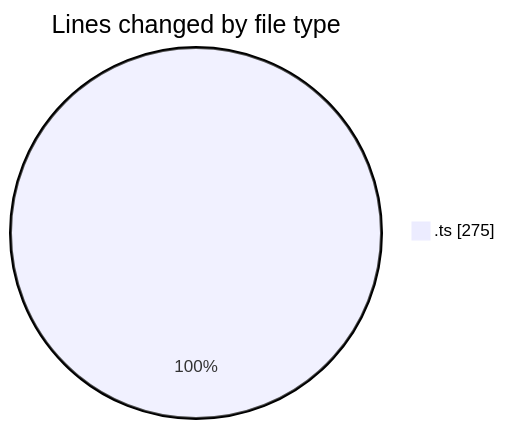
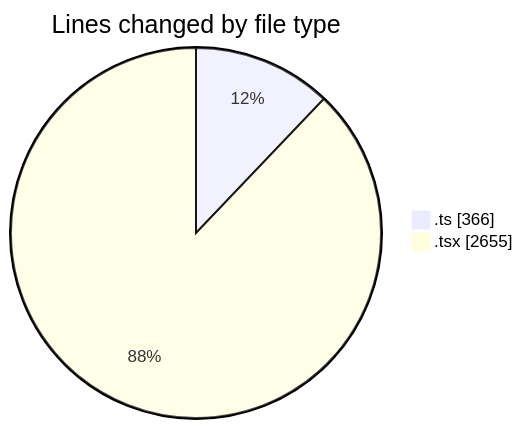
Before and after one commit to nxtqubesakshisongat/code-tracking: the first of 2 diagrams in 2026-01-28/nxtqube_webapp/README.md, drawn with Mermaid. The commit also changed other lines of this file and 1 other file, not shown here.

````diff
--- a/2026-01-28/nxtqube_webapp/README.md
+++ b/2026-01-28/nxtqube_webapp/README.md
@@ -20,5 +30,6 @@
 ```mermaid
 pie showData
 title Lines changed by file type
-".ts" : 275
+".ts" : 366
+".tsx" : 2655
 ```
````
